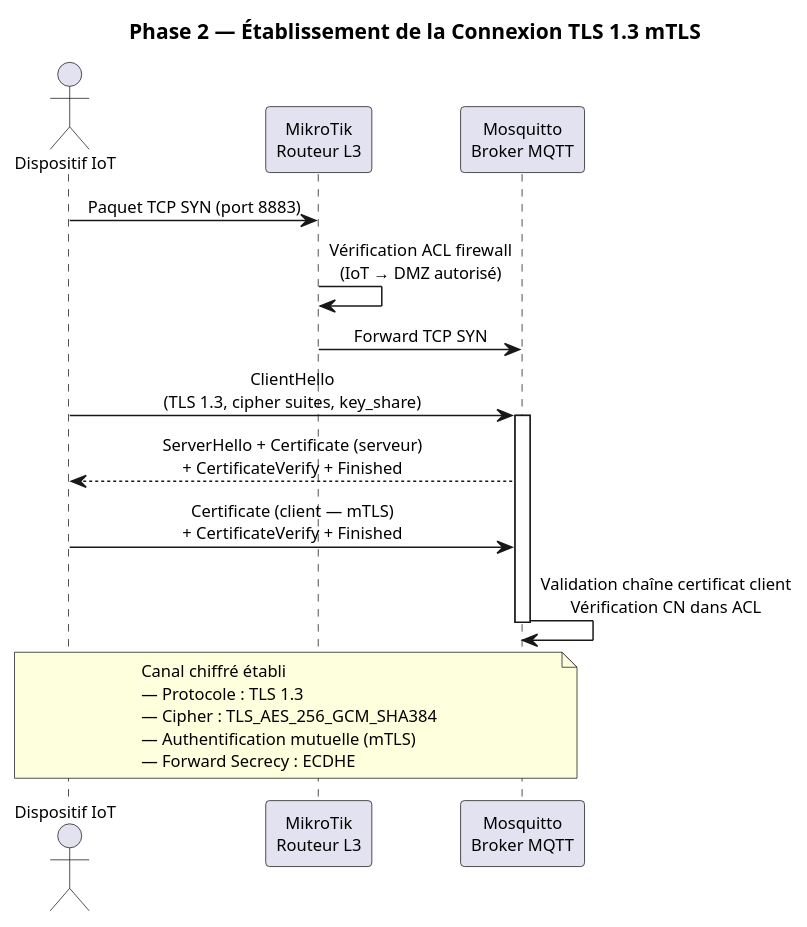
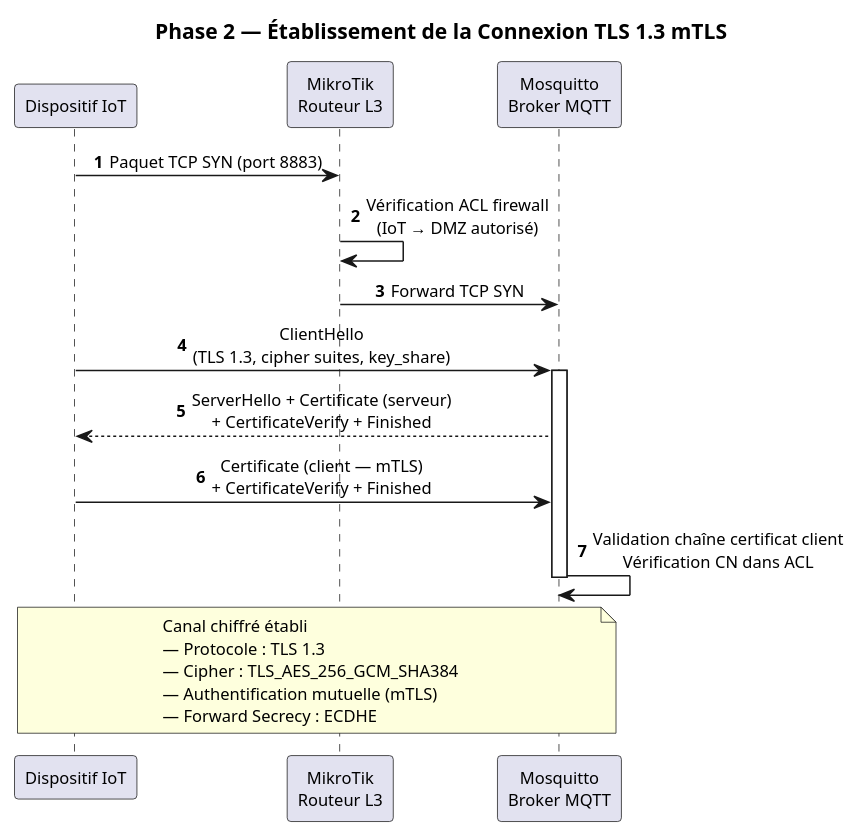
Before and after one commit to AmineGhannouchi/PFE-IoT-Security-TT: the diagram in documentation/rapport4/diagrams/diag-flux-phase2.puml, drawn with PlantUML. The commit also changed 20 other files, not shown here.

Commit message:
refactor: Update diagrams and figures for improved clarity; replace actors with participants and enhance layout

```diff
--- a/documentation/rapport4/diagrams/diag-flux-phase2.puml
+++ b/documentation/rapport4/diagrams/diag-flux-phase2.puml
@@ -1,34 +1,36 @@
 @startuml diag-flux-phase2
 
 skinparam backgroundColor #FFFFFF
 skinparam defaultFontName Arial
 skinparam defaultFontSize 11
 skinparam sequenceMessageAlign center
 skinparam shadowing false
 
 title Phase 2 — Établissement de la Connexion TLS 1.3 mTLS
 
-actor "Dispositif IoT" as DEV
+participant "Dispositif IoT" as DEV
 participant "MikroTik\nRouteur L3" as RTR
 participant "Mosquitto\nBroker MQTT" as BROKER
+
+autonumber
 
 DEV -> RTR : Paquet TCP SYN (port 8883)
 RTR -> RTR : Vérification ACL firewall\n(IoT → DMZ autorisé)
 RTR -> BROKER : Forward TCP SYN
 
 DEV -> BROKER : ClientHello\n(TLS 1.3, cipher suites, key_share)
 activate BROKER
 BROKER --> DEV : ServerHello + Certificate (serveur)\n+ CertificateVerify + Finished
 DEV -> BROKER : Certificate (client — mTLS)\n+ CertificateVerify + Finished
 BROKER -> BROKER : Validation chaîne certificat client\nVérification CN dans ACL
 deactivate BROKER
 
 note over DEV, BROKER
   Canal chiffré établi
   — Protocole : TLS 1.3
   — Cipher : TLS_AES_256_GCM_SHA384
   — Authentification mutuelle (mTLS)
   — Forward Secrecy : ECDHE
 end note
 
 @enduml
```
